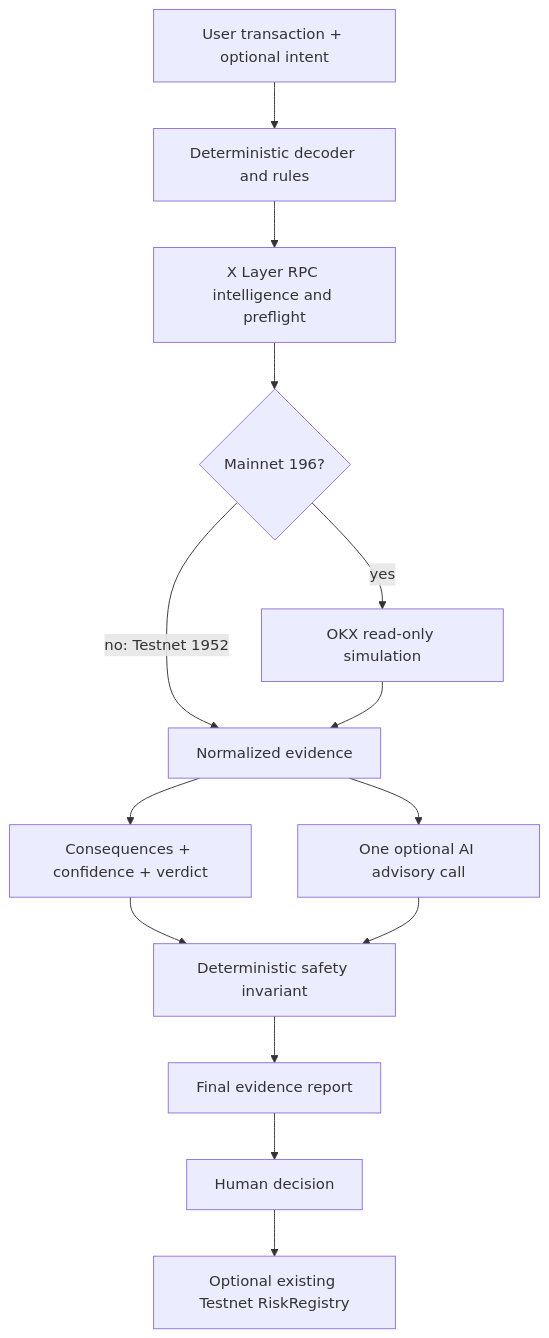
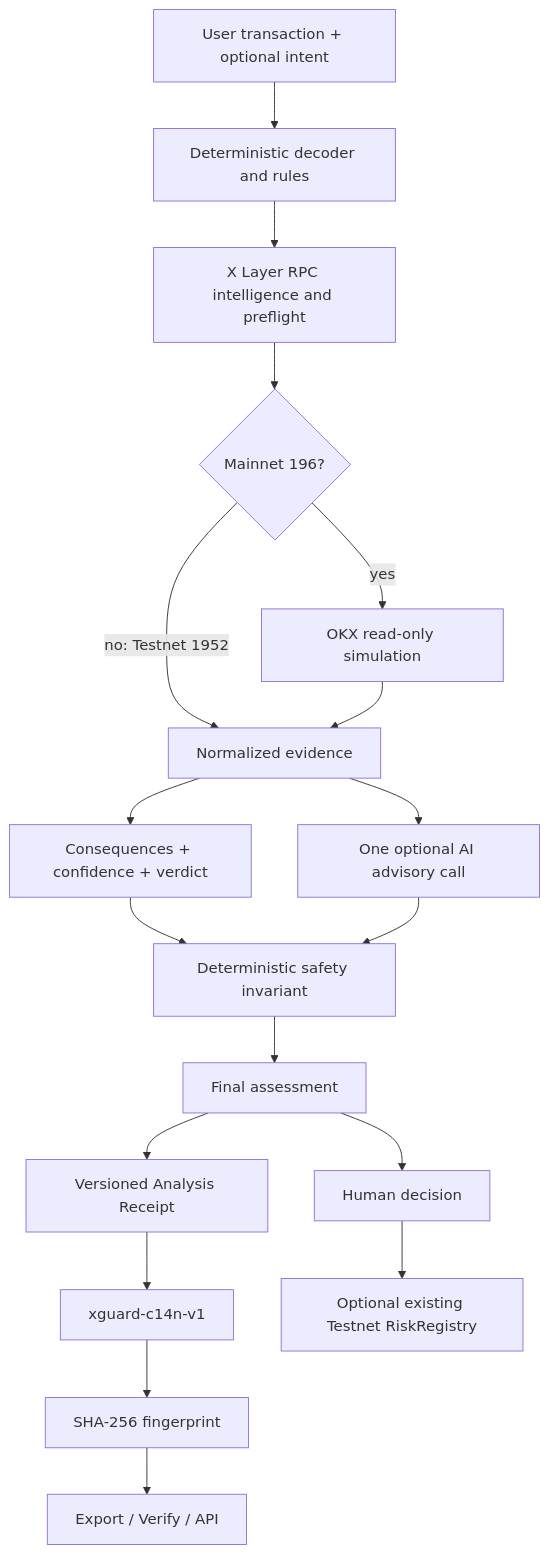
One commit to leafwithered/xguard-ai changed the diagram in README.md. Above: the diagram before and after it, drawn with Mermaid. The commit also changed other lines of this file and 14 other files, not shown here.

````diff
--- a/README.md
+++ b/README.md
@@ -66,16 +70,20 @@
 ```mermaid
 flowchart TD
     U[User transaction + optional intent] --> D[Deterministic decoder and rules]
     D --> R[X Layer RPC intelligence and preflight]
     R --> O{Mainnet 196?}
     O -->|yes| S[OKX read-only simulation]
     O -->|no: Testnet 1952| E[Normalized evidence]
     S --> E
     E --> C[Consequences + confidence + verdict]
     E --> A[One optional AI advisory call]
     C --> F[Deterministic safety invariant]
     A --> F
-    F --> V[Final evidence report]
+    F --> V[Final assessment]
+    V --> P[Versioned Analysis Receipt]
+    P --> K[xguard-c14n-v1]
+    K --> Z[SHA-256 fingerprint]
+    Z --> X[Export / Verify / API]
     V --> H[Human decision]
     H --> Q[Optional existing Testnet RiskRegistry]
 ```
````
